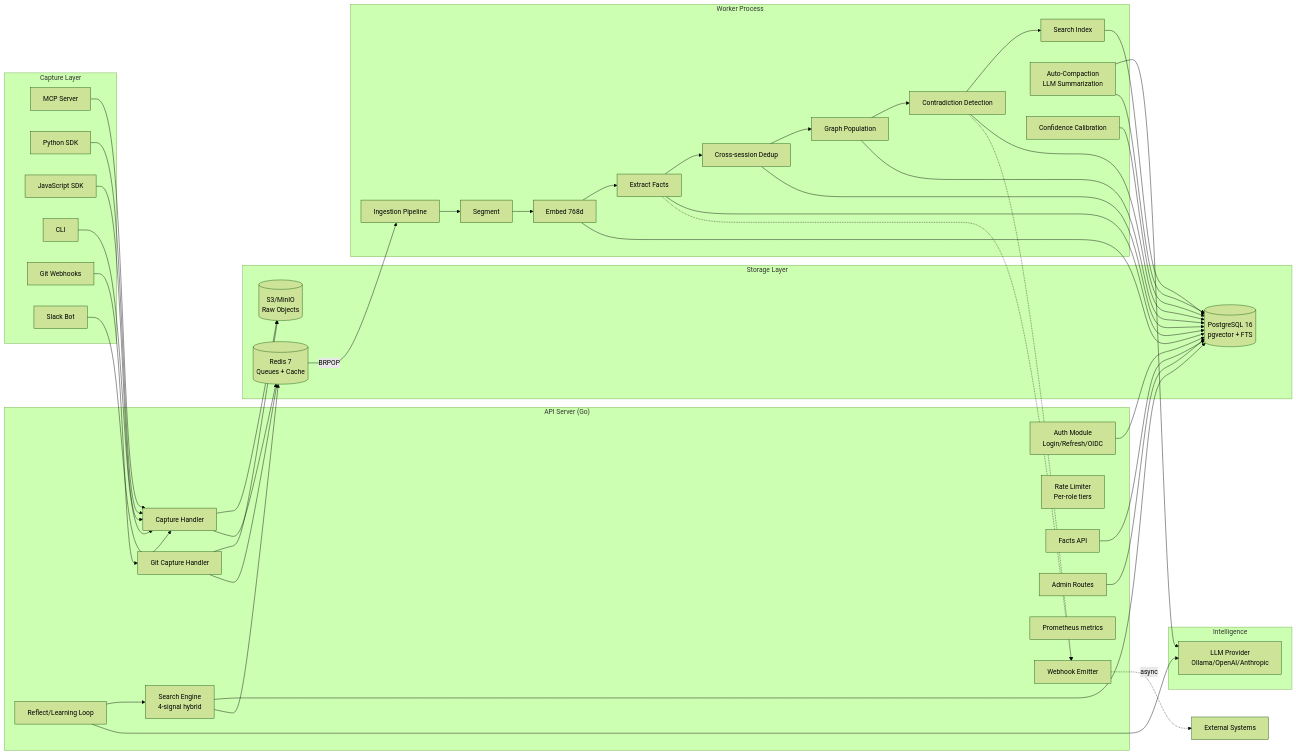
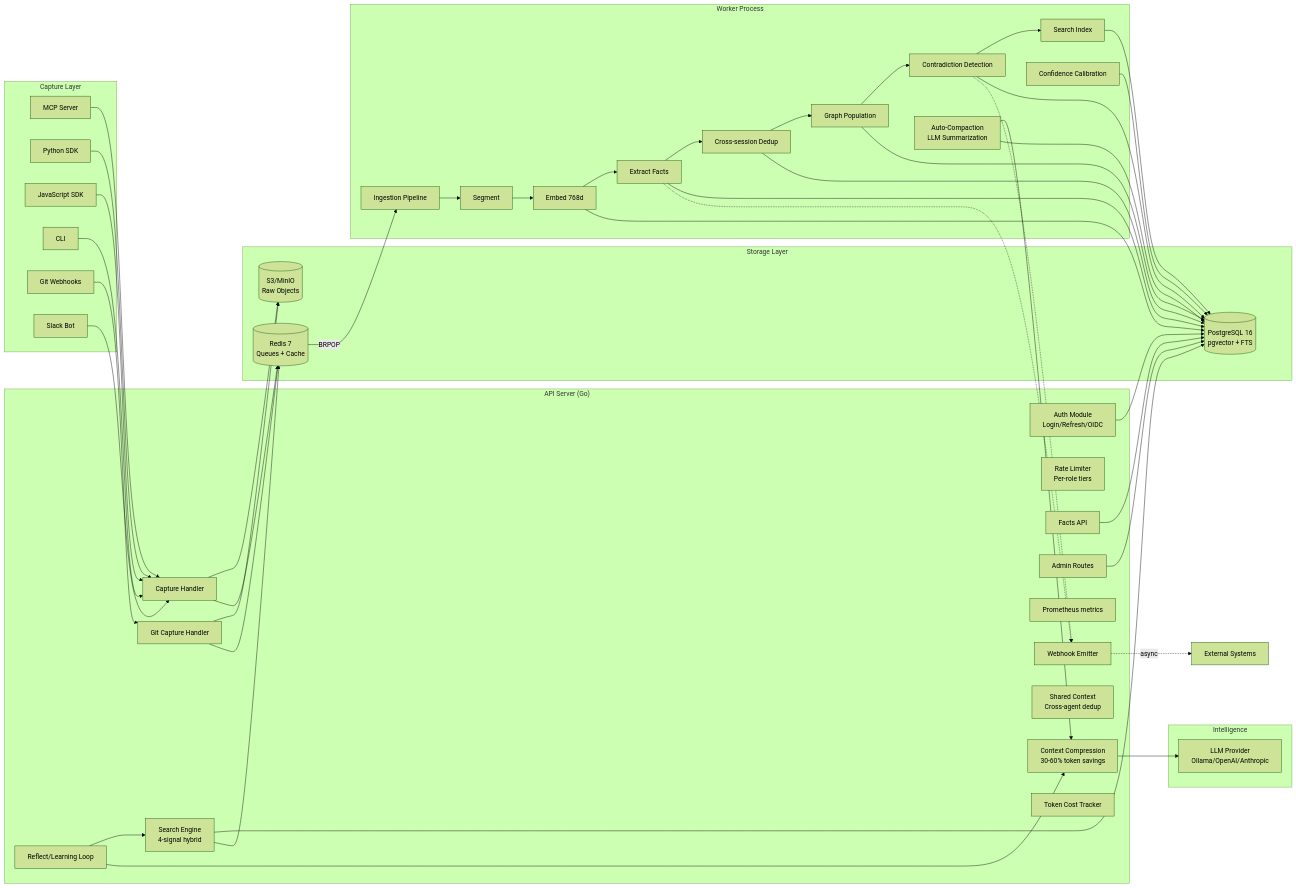
Before and after one commit to mihaibalaci/synapse: the diagram in docs/diagrams/data-flow.mmd, drawn with Mermaid (forest theme). The commit also changed 2 other files, not shown here.

Commit message:
docs+ui: complete v1.1.0 update — README, data flow, system panel, tests
- README: added cost optimization table, knowledge quality table, wrap quickstart
- Data flow diagram: compression layer between Reflect/Compact and LLM
- System panel: 4 paths (write, read, cost optimization, intelligence)
- System explanation updated for cost + quality dual optimization
- All Go tests pass, 23 Flutter tests pass, web build succeeds

```diff
--- a/docs/diagrams/data-flow.mmd
+++ b/docs/diagrams/data-flow.mmd
@@ -1,82 +1,86 @@
 flowchart LR
     subgraph Capture["Capture Layer"]
         MCP[MCP Server]
         SDK_PY[Python SDK]
         SDK_JS[JavaScript SDK]
         CLI[CLI]
         GIT[Git Webhooks]
         SLACK[Slack Bot]
     end
 
     subgraph API["API Server (Go)"]
         AUTH[Auth Module<br/>Login/Refresh/OIDC]
         RATE[Rate Limiter<br/>Per-role tiers]
         CAP[Capture Handler]
         GIT_CAP[Git Capture Handler]
         SEARCH[Search Engine<br/>4-signal hybrid]
         REFLECT[Reflect/Learning Loop]
         FACTS[Facts API]
         ADMIN[Admin Routes]
         METRICS[Prometheus metrics]
         WEBHOOKS[Webhook Emitter]
+        SHARED[Shared Context<br/>Cross-agent dedup]
+        COMPRESS[Context Compression<br/>30-60% token savings]
+        COST[Token Cost Tracker]
     end
 
     subgraph Storage["Storage Layer"]
         PG[(PostgreSQL 16<br/>pgvector + FTS)]
         REDIS[(Redis 7<br/>Queues + Cache)]
         S3[(S3/MinIO<br/>Raw Objects)]
     end
 
     subgraph Worker["Worker Process"]
         INGEST[Ingestion Pipeline]
         SEG[Segment]
         EMBED[Embed 768d]
         EXTRACT[Extract Facts]
         DEDUP[Cross-session Dedup]
         GRAPH[Graph Population]
         CONTRA[Contradiction Detection]
         INDEX[Search Index]
         COMPACT[Auto-Compaction<br/>LLM Summarization]
         CONF_CAL[Confidence Calibration]
     end
 
     subgraph Intelligence["Intelligence"]
         LLM[LLM Provider<br/>Ollama/OpenAI/Anthropic]
     end
 
     %% Capture flows
     MCP --> CAP
     SDK_PY --> CAP
     SDK_JS --> CAP
     CLI --> CAP
     GIT --> GIT_CAP
     SLACK --> CAP
 
     %% API internals
     CAP --> S3
     CAP --> REDIS
     GIT_CAP --> S3
     GIT_CAP --> REDIS
     AUTH --> PG
     SEARCH --> PG
     SEARCH --> REDIS
     REFLECT --> SEARCH
-    REFLECT --> LLM
+    REFLECT --> COMPRESS
+    COMPRESS --> LLM
     FACTS --> PG
     ADMIN --> PG
     WEBHOOKS -.->|async| EXT_HOOK[External Systems]
 
     %% Worker pipeline
     REDIS -->|BRPOP| INGEST
     INGEST --> SEG --> EMBED --> EXTRACT --> DEDUP --> GRAPH --> CONTRA --> INDEX
     EMBED --> PG
     EXTRACT --> PG
     DEDUP --> PG
     GRAPH --> PG
     CONTRA --> PG
     INDEX --> PG
-    COMPACT --> LLM
+    COMPACT --> COMPRESS
     COMPACT --> PG
     CONF_CAL --> PG
     EXTRACT -.-> WEBHOOKS
     CONTRA -.-> WEBHOOKS
```
